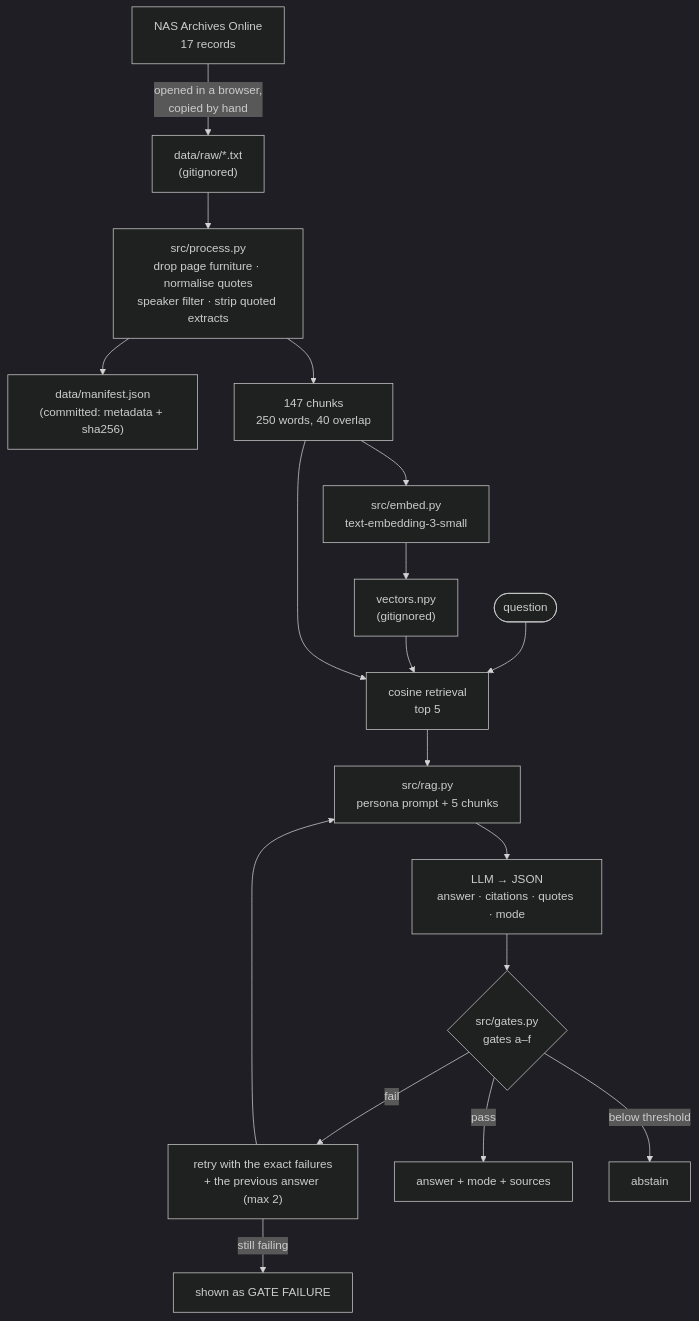
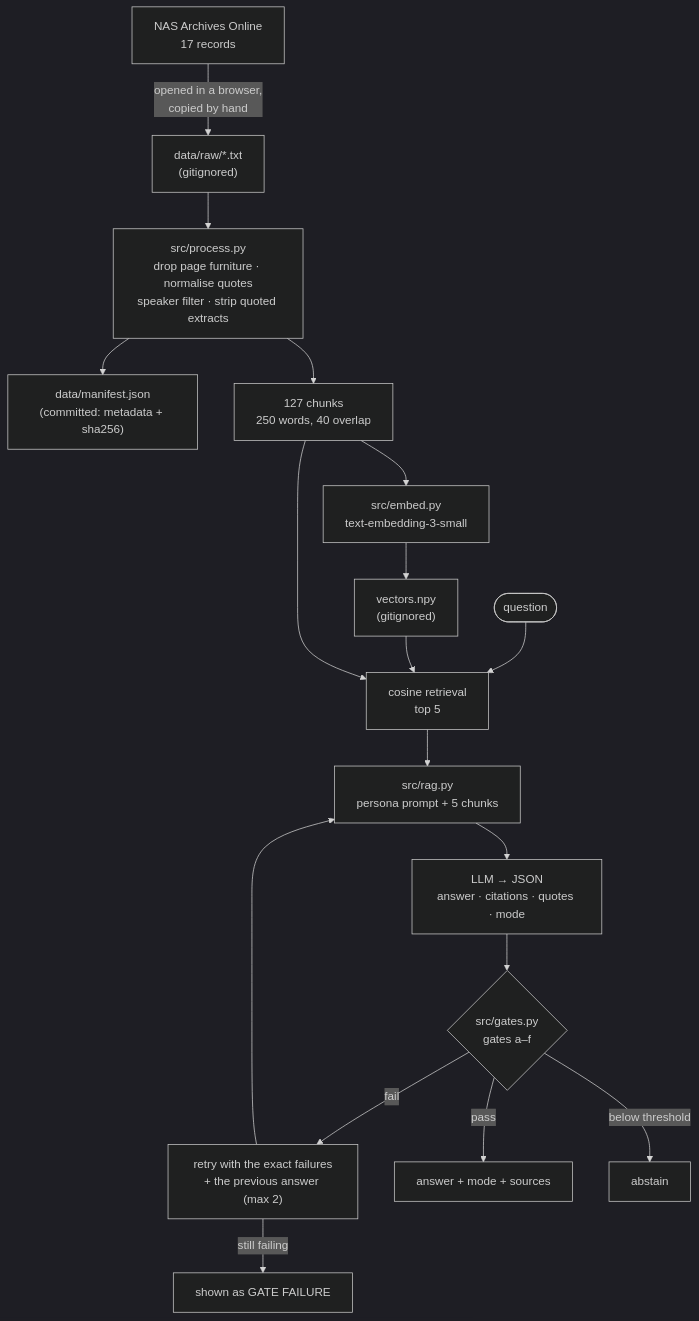
Before and after one commit to lathifash03/what-would-lky-do: the diagram in README.md, drawn with Mermaid (dark theme). The commit also changed other lines of this file and 8 other files, not shown here.

````diff
--- a/README.md
+++ b/README.md
@@ -50,21 +50,21 @@
 ```mermaid
 flowchart TD
     A["NAS Archives Online<br/>17 records"] -->|"opened in a browser,<br/>copied by hand"| B["data/raw/*.txt<br/>(gitignored)"]
     B --> C["src/process.py<br/>drop page furniture · normalise quotes<br/>speaker filter · strip quoted extracts"]
     C --> M["data/manifest.json<br/>(committed: metadata + sha256)"]
-    C --> D["147 chunks<br/>250 words, 40 overlap"]
+    C --> D["127 chunks<br/>250 words, 40 overlap"]
     D --> E["src/embed.py<br/>text-embedding-3-small"]
     E --> F["vectors.npy<br/>(gitignored)"]
 
     Q(["question"]) --> G["cosine retrieval<br/>top 5"]
     F --> G
     D --> G
     G --> H["src/rag.py<br/>persona prompt + 5 chunks"]
     H --> I["LLM → JSON<br/>answer · citations · quotes · mode"]
     I --> J{"src/gates.py<br/>gates a–f"}
     J -->|"fail"| K["retry with the exact failures<br/>+ the previous answer (max 2)"]
     K --> H
     J -->|"pass"| L["answer + mode + sources"]
     K -->|"still failing"| X["shown as GATE FAILURE"]
     J -->|"below threshold"| Y["abstain"]
 ```
````
